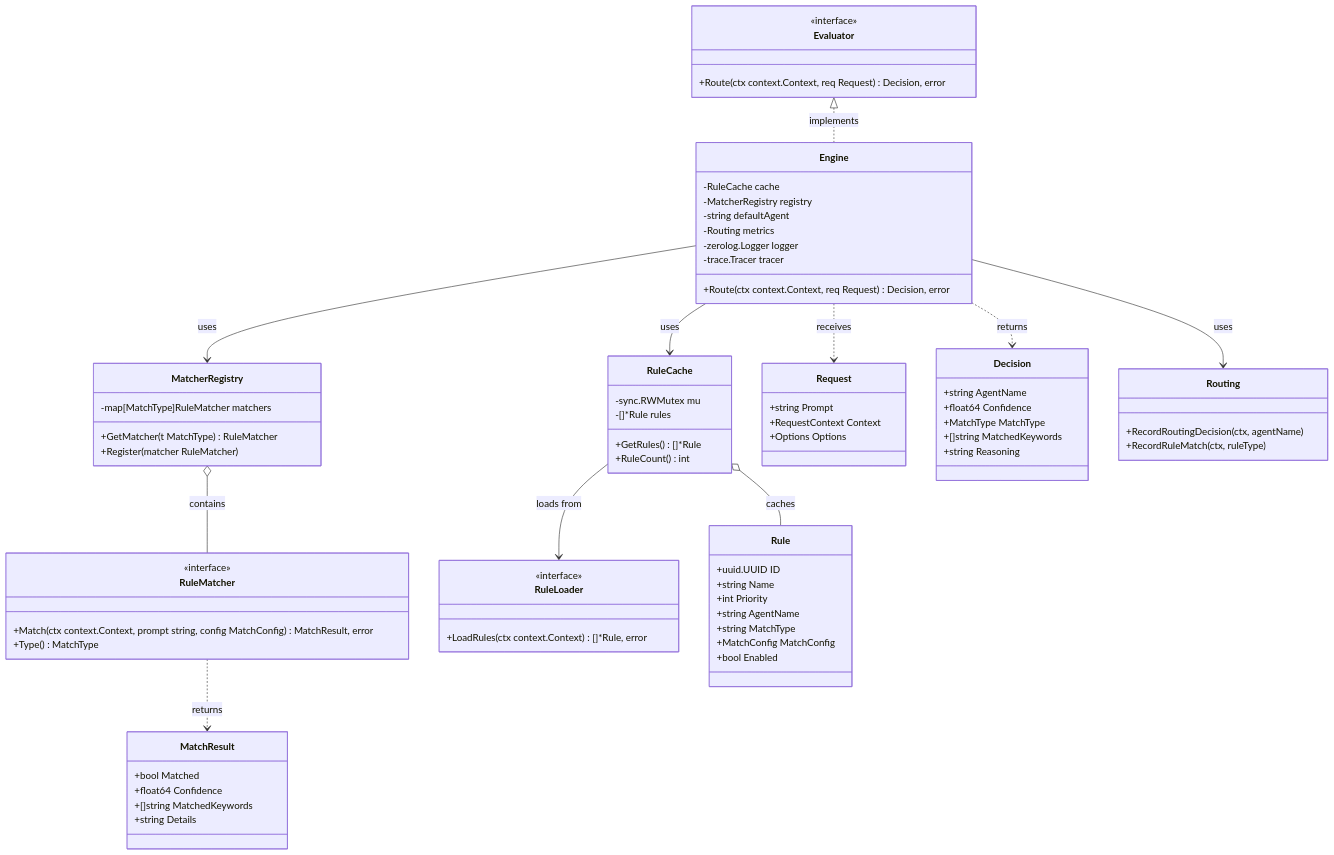
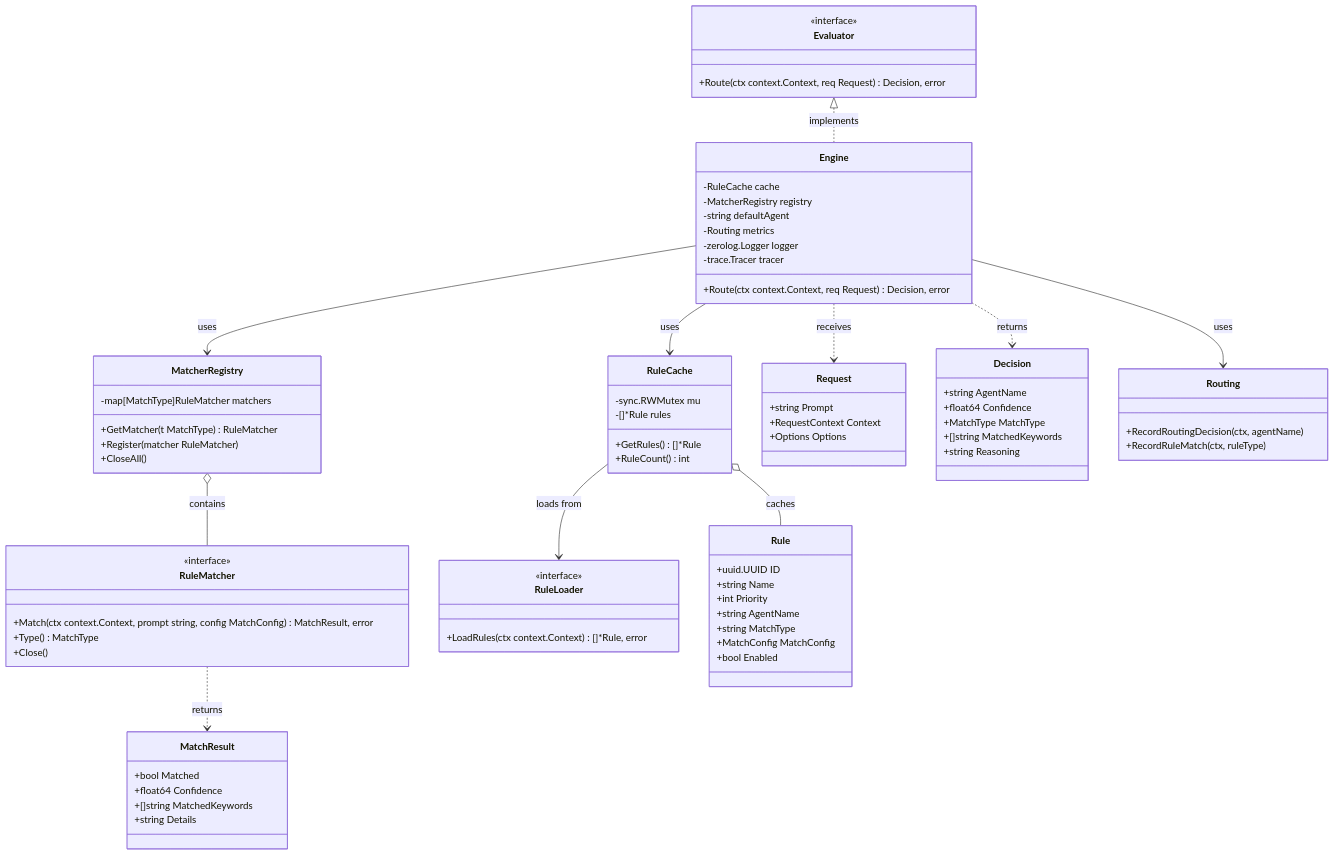
The fifth of 19 diagrams in docs/design/routing-engine.md (twistingmercury/mnemonic-mcp), drawn with Mermaid before and after one commit. The commit also changed other lines of this file and 17 other files, not shown here.

```diff
--- a/docs/design/routing-engine.md
+++ b/docs/design/routing-engine.md
@@ -321,12 +334,14 @@
         -map[MatchType]RuleMatcher matchers
         +GetMatcher(t MatchType) RuleMatcher
         +Register(matcher RuleMatcher)
+        +CloseAll()
     }
 
     class RuleMatcher {
         <<interface>>
         +Match(ctx context.Context, prompt string, config MatchConfig) MatchResult, error
         +Type() MatchType
+        +Close()
     }
 
     class RuleLoader {
```
